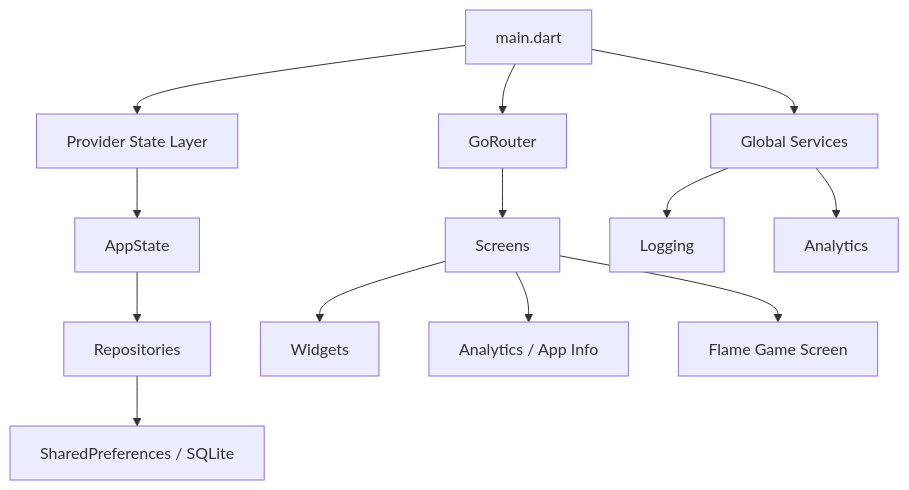
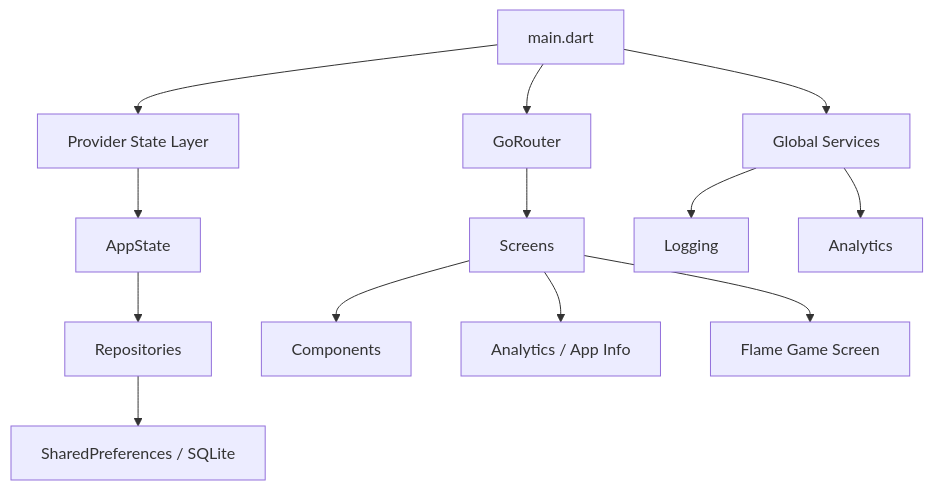
The diagram in docs/ARCHITECTURE.md (BugraKaanSaglam/game_for_cats_flutter), drawn with Mermaid before and after one commit. The commit also changed other lines of this file and 92 other files, not shown here.

````diff
--- a/docs/ARCHITECTURE.md
+++ b/docs/ARCHITECTURE.md
@@ -9,15 +9,15 @@
 ```mermaid
 flowchart TD
     A[main.dart] --> B[GoRouter]
     A --> C[Provider State Layer]
     A --> D[Global Services]
     C --> E[AppState]
     E --> F[Repositories]
     F --> G[SharedPreferences / SQLite]
     B --> H[Screens]
-    H --> I[Widgets]
+    H --> I[Components]
     H --> J[Analytics / App Info]
     H --> K[Flame Game Screen]
     D --> L[Logging]
     D --> M[Analytics]
 ```
````
